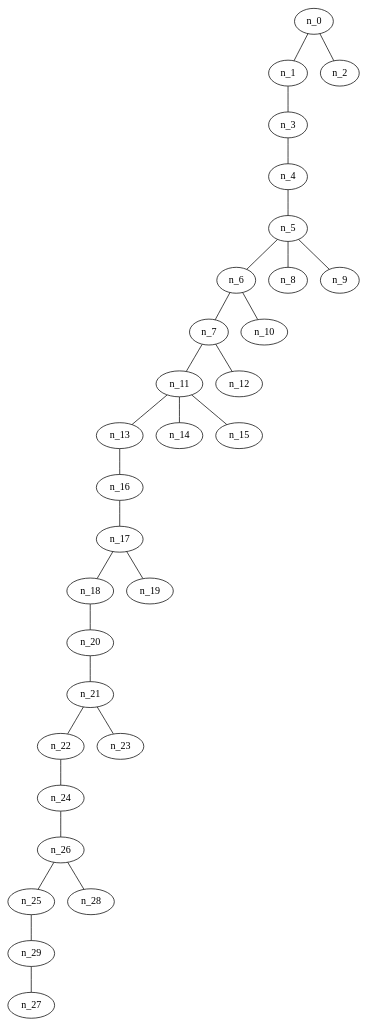
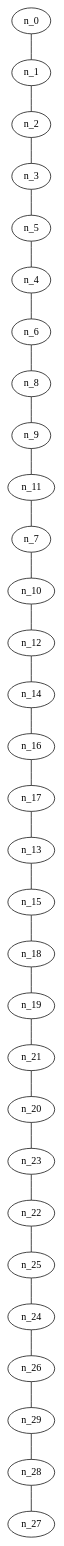
Before and after one commit to AkatzinBH/DAA: the diagram in Proyecto2/30 Nodos/Barabasi/grafoBarabasi_30_7_DFS_R.gv, drawn with Graphviz. The commit also changed 3 other files, not shown here.

```diff
--- a/Proyecto2/30 Nodos/Barabasi/grafoBarabasi_30_7_DFS_R.gv
+++ b/Proyecto2/30 Nodos/Barabasi/grafoBarabasi_30_7_DFS_R.gv
@@ -1,61 +1,61 @@
 graph grafoBarabasi_30_7_DFS_R  {
 n_0;
 n_1;
+n_2;
 n_3;
+n_5;
 n_4;
-n_5;
 n_6;
+n_8;
+n_9;
+n_11;
 n_7;
-n_11;
-n_13;
+n_10;
+n_12;
+n_14;
 n_16;
 n_17;
+n_13;
+n_15;
 n_18;
+n_19;
+n_21;
 n_20;
-n_21;
+n_23;
 n_22;
+n_25;
 n_24;
 n_26;
-n_25;
 n_29;
+n_28;
 n_27;
-n_28;
-n_23;
-n_19;
-n_14;
-n_15;
-n_12;
-n_10;
-n_8;
-n_9;
-n_2;
 n_0 -- n_1;
-n_1 -- n_3;
-n_3 -- n_4;
-n_4 -- n_5;
-n_5 -- n_6;
-n_6 -- n_7;
-n_7 -- n_11;
-n_11 -- n_13;
-n_13 -- n_16;
+n_1 -- n_2;
+n_2 -- n_3;
+n_3 -- n_5;
+n_5 -- n_4;
+n_4 -- n_6;
+n_6 -- n_8;
+n_8 -- n_9;
+n_9 -- n_11;
+n_11 -- n_7;
+n_7 -- n_10;
+n_10 -- n_12;
+n_12 -- n_14;
+n_14 -- n_16;
 n_16 -- n_17;
-n_17 -- n_18;
-n_18 -- n_20;
-n_20 -- n_21;
-n_21 -- n_22;
-n_22 -- n_24;
+n_17 -- n_13;
+n_13 -- n_15;
+n_15 -- n_18;
+n_18 -- n_19;
+n_19 -- n_21;
+n_21 -- n_20;
+n_20 -- n_23;
+n_23 -- n_22;
+n_22 -- n_25;
+n_25 -- n_24;
 n_24 -- n_26;
-n_26 -- n_25;
-n_25 -- n_29;
-n_29 -- n_27;
-n_26 -- n_28;
-n_21 -- n_23;
-n_17 -- n_19;
-n_11 -- n_14;
-n_11 -- n_15;
-n_7 -- n_12;
-n_6 -- n_10;
-n_5 -- n_8;
-n_5 -- n_9;
-n_0 -- n_2;
+n_26 -- n_29;
+n_29 -- n_28;
+n_28 -- n_27;
 }
```
